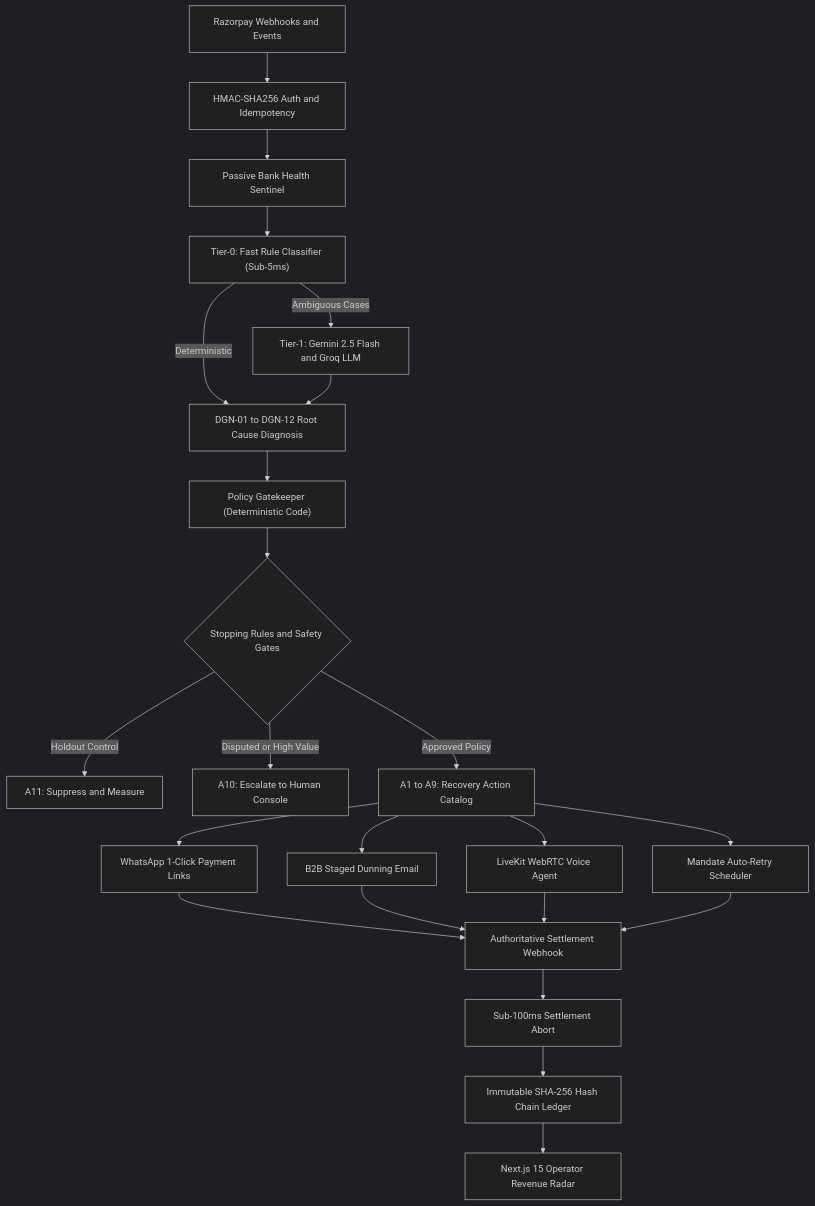
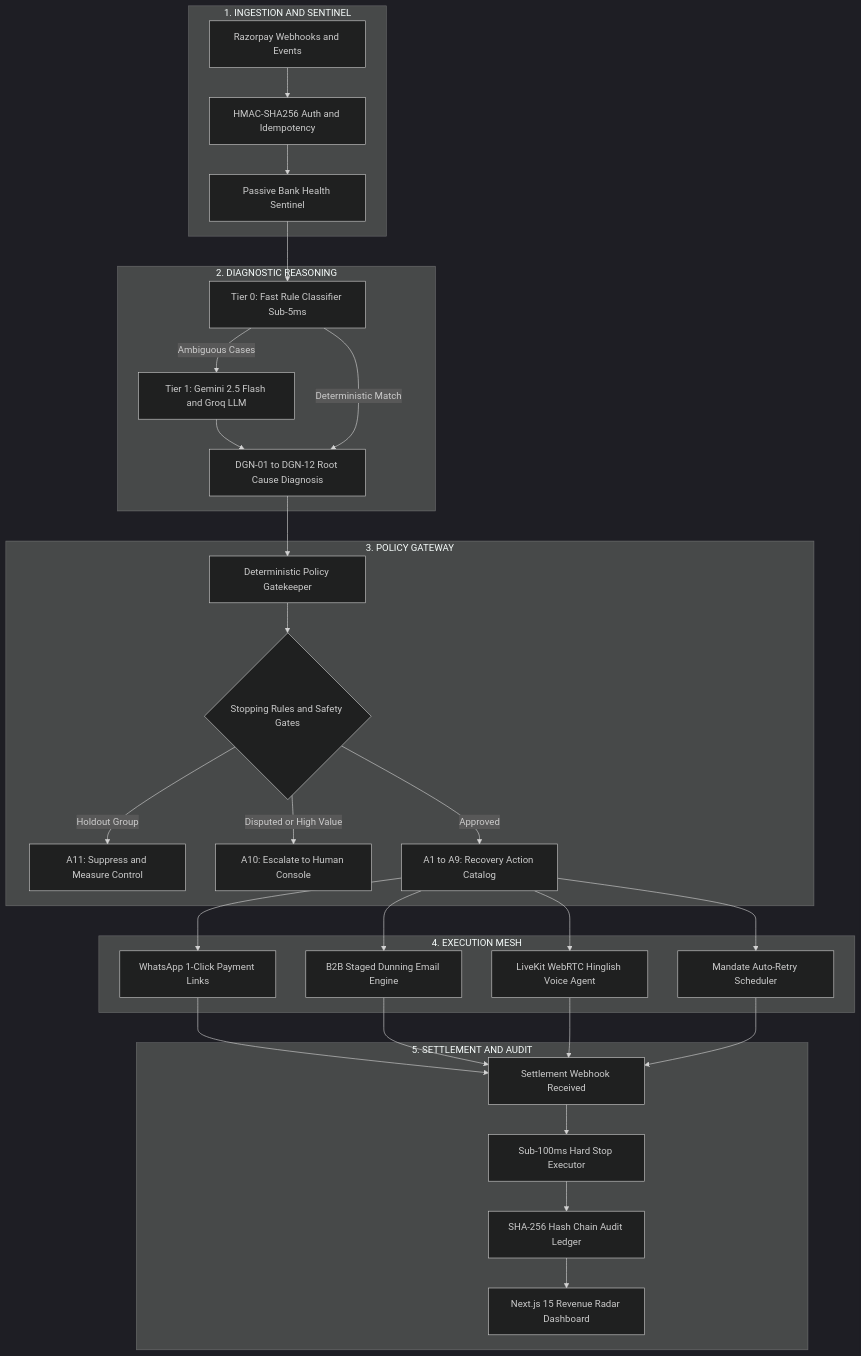
Before and after one commit to Adityaraj1969/Razorpay-Revenue-Recovery: the diagram in README.md, drawn with Mermaid (dark theme). The commit also changed other lines of this file, not shown here.

Commit message:
docs(readme): complete professional rewrite with architecture walkthrough, diagnostic taxonomy, and test breakdown

````diff
--- a/README.md
+++ b/README.md
@@ -39,30 +61,40 @@
 ```mermaid
-graph TD
-    A["Razorpay Webhooks and Events"] --> B["HMAC-SHA256 Auth and Idempotency"]
-    B --> C["Passive Bank Health Sentinel"]
-    
-    C --> D["Tier-0: Fast Rule Classifier (Sub-5ms)"]
-    D -->|Ambiguous Cases| E["Tier-1: Gemini 2.5 Flash and Groq LLM"]
-    D -->|Deterministic| F["DGN-01 to DGN-12 Root Cause Diagnosis"]
-    E --> F
-    
-    F --> G["Policy Gatekeeper (Deterministic Code)"]
-    G --> H{"Stopping Rules and Safety Gates"}
-    H -->|Holdout Control| I["A11: Suppress and Measure"]
-    H -->|Disputed or High Value| J["A10: Escalate to Human Console"]
-    H -->|Approved Policy| K["A1 to A9: Recovery Action Catalog"]
-    
-    K --> L["WhatsApp 1-Click Payment Links"]
-    K --> M["B2B Staged Dunning Email"]
-    K --> N["LiveKit WebRTC Voice Agent"]
-    K --> O["Mandate Auto-Retry Scheduler"]
-    
-    L --> P["Authoritative Settlement Webhook"]
+flowchart TD
+    subgraph Ingestion [1. INGESTION AND SENTINEL]
+        A[Razorpay Webhooks and Events] --> B[HMAC-SHA256 Auth and Idempotency]
+        B --> C[Passive Bank Health Sentinel]
+    end
+
+    subgraph Intelligence [2. DIAGNOSTIC REASONING]
+        C --> D[Tier 0: Fast Rule Classifier Sub-5ms]
+        D -->|Ambiguous Cases| E[Tier 1: Gemini 2.5 Flash and Groq LLM]
+        E --> F[DGN-01 to DGN-12 Root Cause Diagnosis]
+        D -->|Deterministic Match| F
+    end
+
+    subgraph Governance [3. POLICY GATEWAY]
+        F --> G[Deterministic Policy Gatekeeper]
+        G --> H{Stopping Rules and Safety Gates}
+        H -->|Holdout Group| I[A11: Suppress and Measure Control]
+        H -->|Disputed or High Value| J[A10: Escalate to Human Console]
+        H -->|Approved| K[A1 to A9: Recovery Action Catalog]
+    end
+
+    subgraph Mesh [4. EXECUTION MESH]
+        K --> L[WhatsApp 1-Click Payment Links]
+        K --> M[B2B Staged Dunning Email Engine]
+        K --> N[LiveKit WebRTC Hinglish Voice Agent]
+        K --> O[Mandate Auto-Retry Scheduler]
+    end
+
+    subgraph Verification [5. SETTLEMENT AND AUDIT]
+        P[Settlement Webhook Received] --> Q[Sub-100ms Hard Stop Executor]
+        Q --> R[SHA-256 Hash Chain Audit Ledger]
+        R --> S[Next.js 15 Revenue Radar Dashboard]
+    end
+
+    L --> P
     M --> P
     N --> P
     O --> P
-    
-    P --> Q["Sub-100ms Settlement Abort"]
-    Q --> R["Immutable SHA-256 Hash Chain Ledger"]
-    R --> S["Next.js 15 Operator Revenue Radar"]
 ```
````
